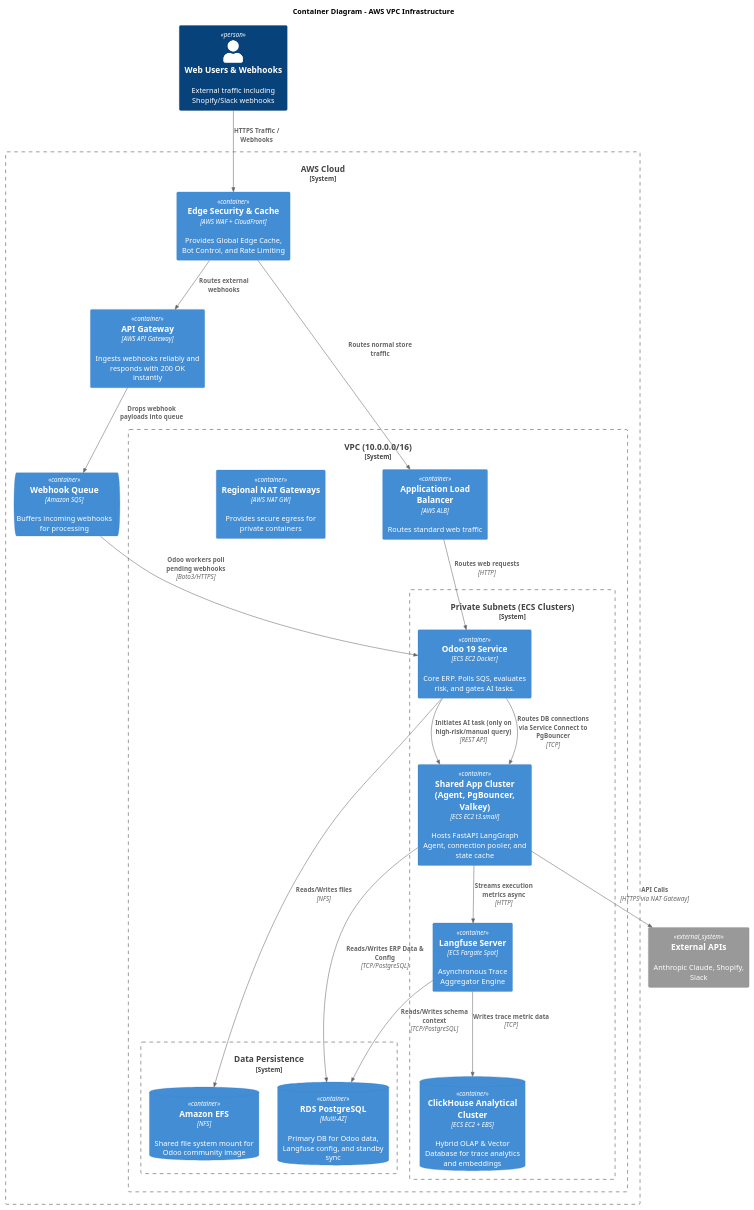
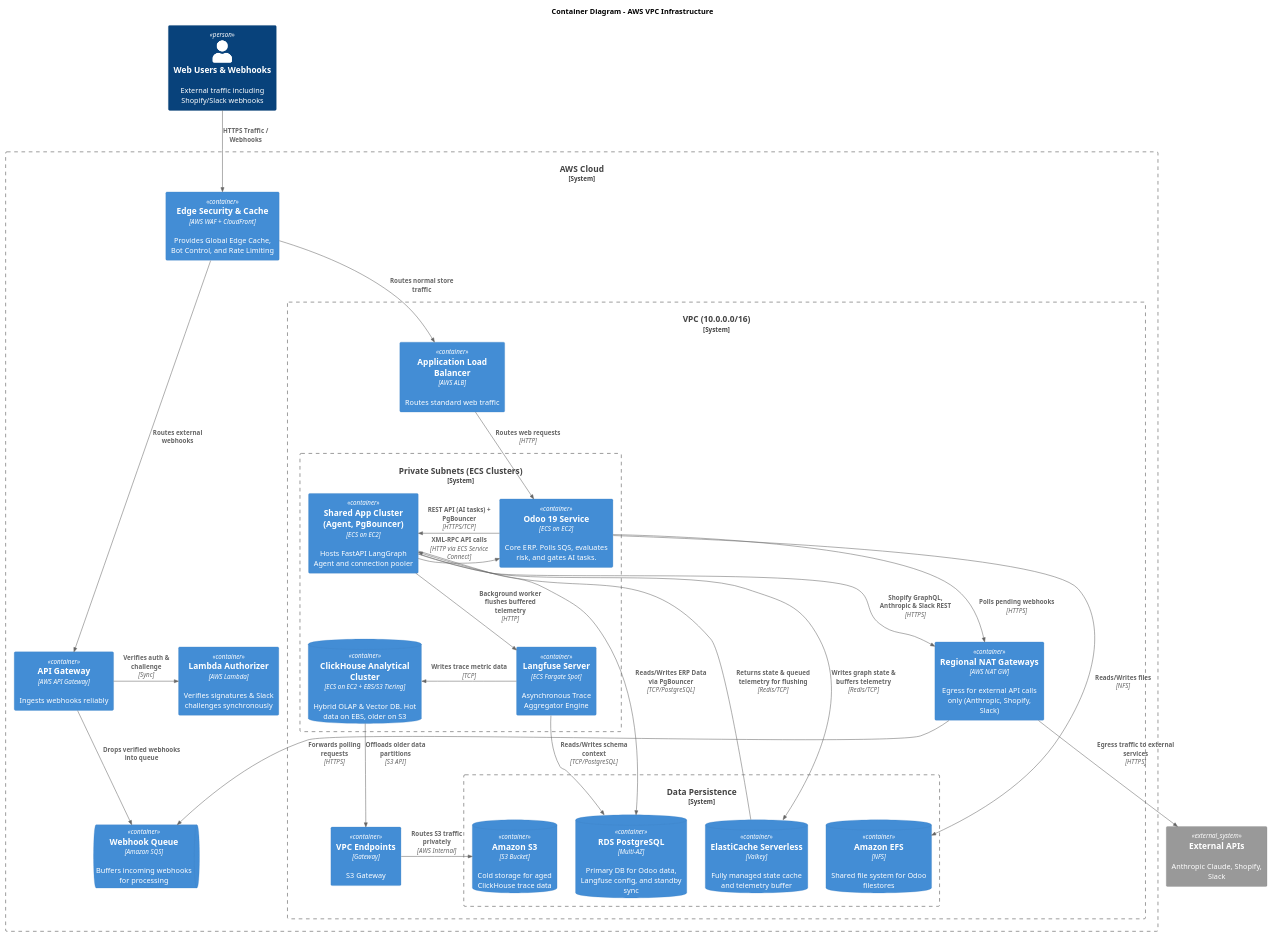
Before and after one commit to jenisrowan/odoo-ai-ops: the diagram in C4_Container.puml, drawn with PlantUML. The commit also changed 5 other files, not shown here.

First line of the commit message:
refactor(infra): finalize aws hybrid architecture and cost models

```diff
--- a/C4_Container.puml
+++ b/C4_Container.puml
@@ -1,52 +1,76 @@
 @startuml C4_Container
 !include https://raw.githubusercontent.com/plantuml-stdlib/C4-PlantUML/master/C4_Container.puml
 
 title Container Diagram - AWS VPC Infrastructure
 
+LAYOUT_TOP_DOWN()
+
 Person(internet, "Web Users & Webhooks", "External traffic including Shopify/Slack webhooks")
 
 System_Boundary(aws, "AWS Cloud") {
     Container(edge, "Edge Security & Cache", "AWS WAF + CloudFront", "Provides Global Edge Cache, Bot Control, and Rate Limiting")
-    Container(apigw, "API Gateway", "AWS API Gateway", "Ingests webhooks reliably and responds with 200 OK instantly")
+    Container(apigw, "API Gateway", "AWS API Gateway", "Ingests webhooks reliably")
+    Container(lambda, "Lambda Authorizer", "AWS Lambda", "Verifies signatures & Slack challenges synchronously")
     ContainerQueue(sqs, "Webhook Queue", "Amazon SQS", "Buffers incoming webhooks for processing")
     
     System_Boundary(vpc, "VPC (10.0.0.0/16)") {
         Container(alb, "Application Load Balancer", "AWS ALB", "Routes standard web traffic")
-        Container(nat, "Regional NAT Gateways", "AWS NAT GW", "Provides secure egress for private containers")
+        Container(nat, "Regional NAT Gateways", "AWS NAT GW", "Egress for external API calls only (Anthropic, Shopify, Slack)")
+        Container(vpc_endpoints, "VPC Endpoints", "Gateway", "S3 Gateway")
         
         System_Boundary(private_ecs, "Private Subnets (ECS Clusters)") {
-            Container(odoo, "Odoo 19 Service", "ECS EC2 Docker", "Core ERP. Polls SQS, evaluates risk, and gates AI tasks.")
-            Container(agent, "Shared App Cluster (Agent, PgBouncer, Valkey)", "ECS EC2 t3.small", "Hosts FastAPI LangGraph Agent, connection pooler, and state cache")
+            Container(odoo, "Odoo 19 Service", "ECS on EC2", "Core ERP. Polls SQS, evaluates risk, and gates AI tasks.")
+            Container(agent, "Shared App Cluster (Agent, PgBouncer)", "ECS on EC2", "Hosts FastAPI LangGraph Agent and connection pooler")
             Container(langfuse, "Langfuse Server", "ECS Fargate Spot", "Asynchronous Trace Aggregator Engine")
-            ContainerDb(clickhouse, "ClickHouse Analytical Cluster", "ECS EC2 + EBS", "Hybrid OLAP & Vector Database for trace analytics and embeddings")
+            ContainerDb(clickhouse, "ClickHouse Analytical Cluster", "ECS on EC2 + EBS/S3 Tiering", "Hybrid OLAP & Vector DB. Hot data on EBS, older on S3")
         }
 
         System_Boundary(data_layer, "Data Persistence") {
+            ContainerDb(valkey, "ElastiCache Serverless", "Valkey", "Fully managed state cache and telemetry buffer")
             ContainerDb(rds, "RDS PostgreSQL", "Multi-AZ", "Primary DB for Odoo data, Langfuse config, and standby sync")
-            ContainerDb(efs, "Amazon EFS", "NFS", "Shared file system mount for Odoo community image")
+            ContainerDb(efs, "Amazon EFS", "NFS", "Shared file system for Odoo filestores")
+            ContainerDb(s3, "Amazon S3", "S3 Bucket", "Cold storage for aged ClickHouse trace data")
         }
     }
 }
 
 System_Ext(external_apis, "External APIs", "Anthropic Claude, Shopify, Slack")
 
+' --- INGRESS FLOW ---
 Rel(internet, edge, "HTTPS Traffic / Webhooks")
 Rel(edge, alb, "Routes normal store traffic")
 Rel(edge, apigw, "Routes external webhooks")
 
-Rel(apigw, sqs, "Drops webhook payloads into queue")
-Rel(sqs, odoo, "Odoo workers poll pending webhooks", "Boto3/HTTPS")
+' --- WEBHOOK INGESTION ---
+Rel_R(apigw, lambda, "Verifies auth & challenge", "Sync")
+Rel(apigw, sqs, "Drops verified webhooks into queue")
+
+' --- VPC INGRESS & SQS POLLING ---
 Rel(alb, odoo, "Routes web requests", "HTTP")
+Rel(odoo, nat, "Polls pending webhooks", "HTTPS")
+Rel(nat, sqs, "Forwards polling requests", "HTTPS")
 
-Rel(odoo, agent, "Initiates AI task (only on high-risk/manual query)", "REST API")
+' --- EGRESS TO EXTERNAL APIs ---
+Rel(agent, nat, "Shopify GraphQL, Anthropic & Slack REST", "HTTPS")
+Rel(nat, external_apis, "Egress traffic to external services", "HTTPS")
 
-Rel(agent, external_apis, "API Calls", "HTTPS via NAT Gateway")
+' --- CORE ECS SERVICES (Lateral) ---
+Rel_R(odoo, agent, "REST API (AI tasks) + PgBouncer", "HTTPS/TCP")
+Rel_L(agent, odoo, "XML-RPC API calls", "HTTP via ECS Service Connect")
+
+' --- TELEMETRY ---
+Rel(agent, langfuse, "Background worker flushes buffered telemetry", "HTTP")
+Rel_R(langfuse, clickhouse, "Writes trace metric data", "TCP")
+
+' --- DATA PERSISTENCE (Bottom Layer) ---
 Rel(odoo, efs, "Reads/Writes files", "NFS")
-Rel(odoo, agent, "Routes DB connections via Service Connect to PgBouncer", "TCP")
-Rel(agent, rds, "Reads/Writes ERP Data & Config", "TCP/PostgreSQL")
+Rel(agent, valkey, "Writes graph state & buffers telemetry", "Redis/TCP")
+Rel(valkey, agent, "Returns state & queued telemetry for flushing", "Redis/TCP")
+Rel(agent, rds, "Reads/Writes ERP Data via PgBouncer", "TCP/PostgreSQL")
+Rel(langfuse, rds, "Reads/Writes schema context", "TCP/PostgreSQL")
 
-Rel(agent, langfuse, "Streams execution metrics async", "HTTP")
-Rel(langfuse, rds, "Reads/Writes schema context", "TCP/PostgreSQL")
-Rel(langfuse, clickhouse, "Writes trace metric data", "TCP")
+' --- S3 OFFLOADING ---
+Rel(clickhouse, vpc_endpoints, "Offloads older data partitions", "S3 API")
+Rel(vpc_endpoints, s3, "Routes S3 traffic privately", "AWS Internal")
 
 @enduml
```
